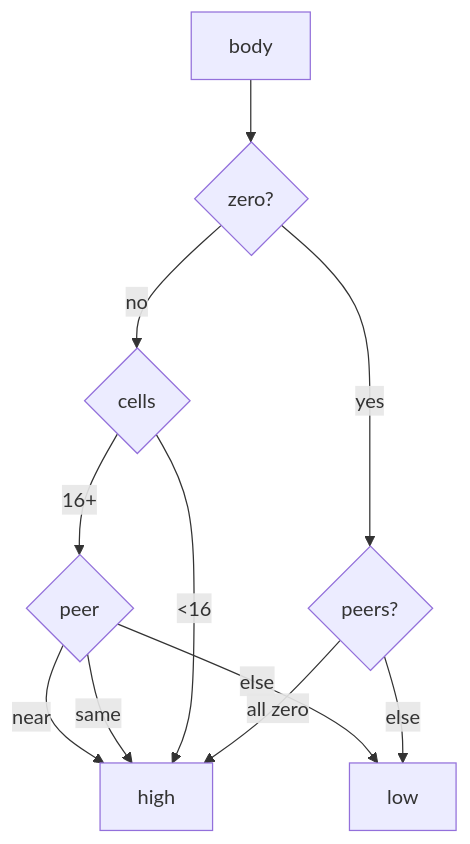
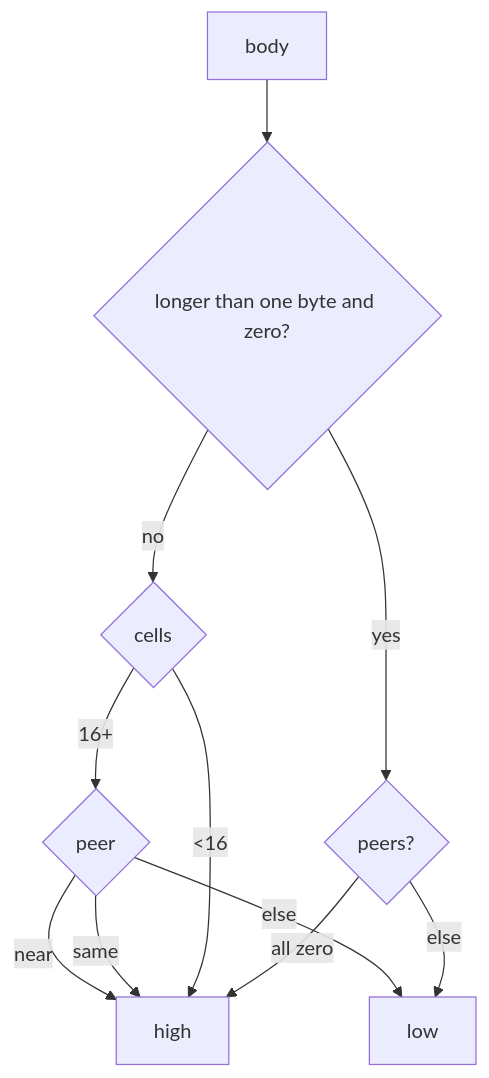
One commit to nyetlabs/me7-logger changed the second of 2 diagrams in DEVELOPER.md. Above: the diagram before and after it, drawn with Mermaid. The commit also changed other lines of this file and 5 other files, not shown here.

````diff
--- a/DEVELOPER.md
+++ b/DEVELOPER.md
@@ -204,14 +204,14 @@
 ```mermaid
 flowchart TD
   b[body]
-  b --> z{zero?}
+  b --> z{longer than one byte and zero?}
   z -->|yes| s{peers?}
   s -->|all zero| hi[high]
   s -->|else| low[low]
   z -->|no| n{cells}
   n -->|<16| hi
   n -->|16+| p{peer}
   p -->|same| hi
   p -->|near| hi
   p -->|else| low
 ```
````
